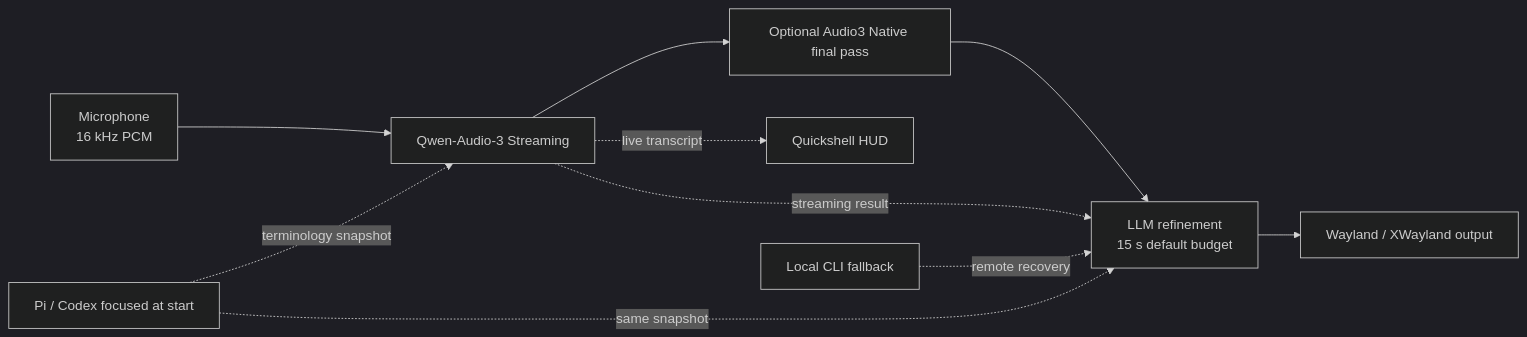
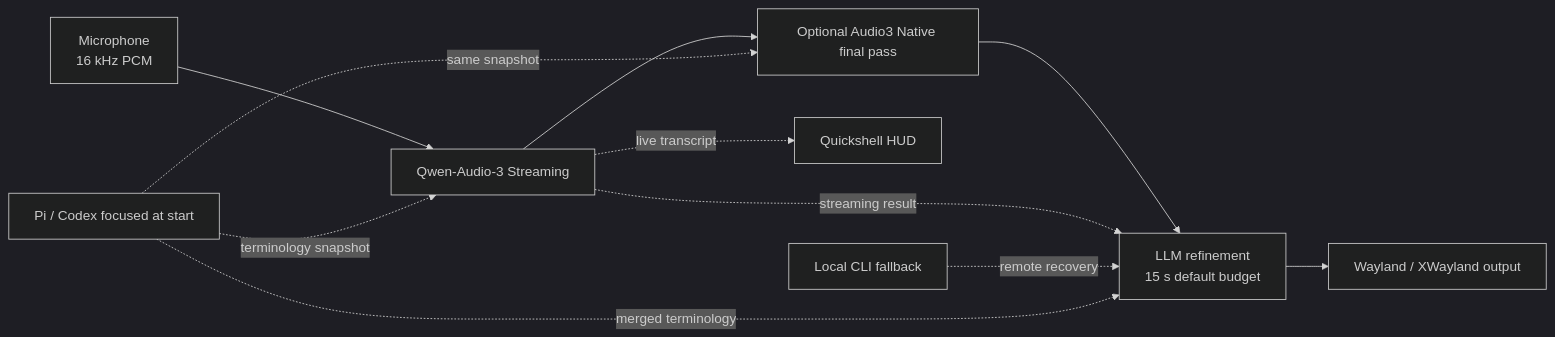
Before and after one commit to Saco93/voice-input: the diagram in README.md, drawn with Mermaid (dark theme). The commit also changed other lines of this file and 14 other files, not shown here.

First line of the commit message:
Add five-turn agent terminology context

````diff
--- a/README.md
+++ b/README.md
@@ -16,12 +16,13 @@
 ```mermaid
 flowchart LR
     Mic[Microphone<br/>16 kHz PCM] --> A3[Qwen-Audio-3 Streaming]
     A3 --> Final[Optional Audio3 Native final pass]
     Final --> LLM[LLM refinement<br/>15 s default budget]
     A3 -. streaming result .-> LLM
     LLM --> Out[Wayland / XWayland output]
     A3 -. live transcript .-> HUD[Quickshell HUD]
     Local[Local CLI fallback] -. remote recovery .-> LLM
     Agent[Pi / Codex focused at start] -. terminology snapshot .-> A3
-    Agent -. same snapshot .-> LLM
+    Agent -. same snapshot .-> Final
+    Agent -. merged terminology .-> LLM
 ```
````
